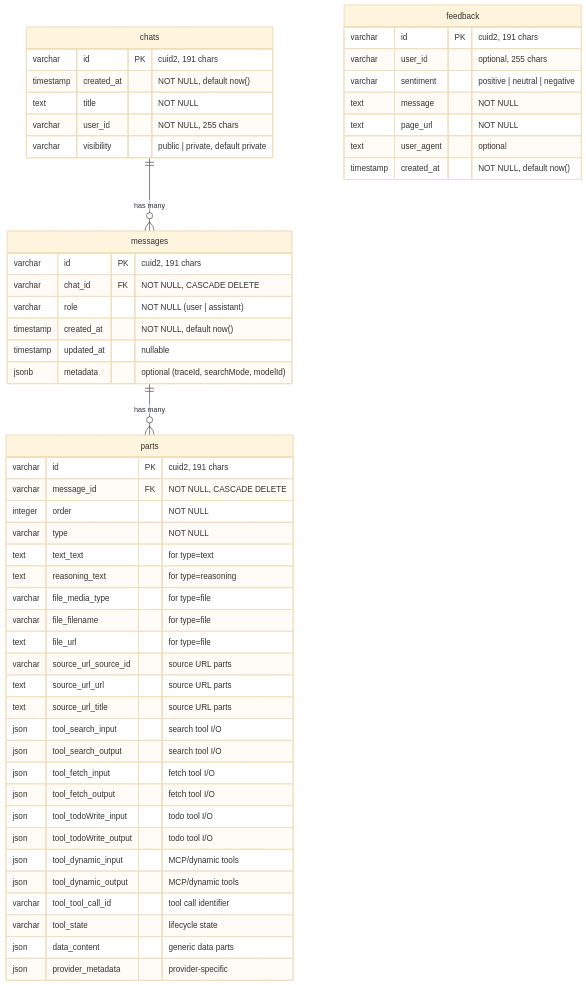
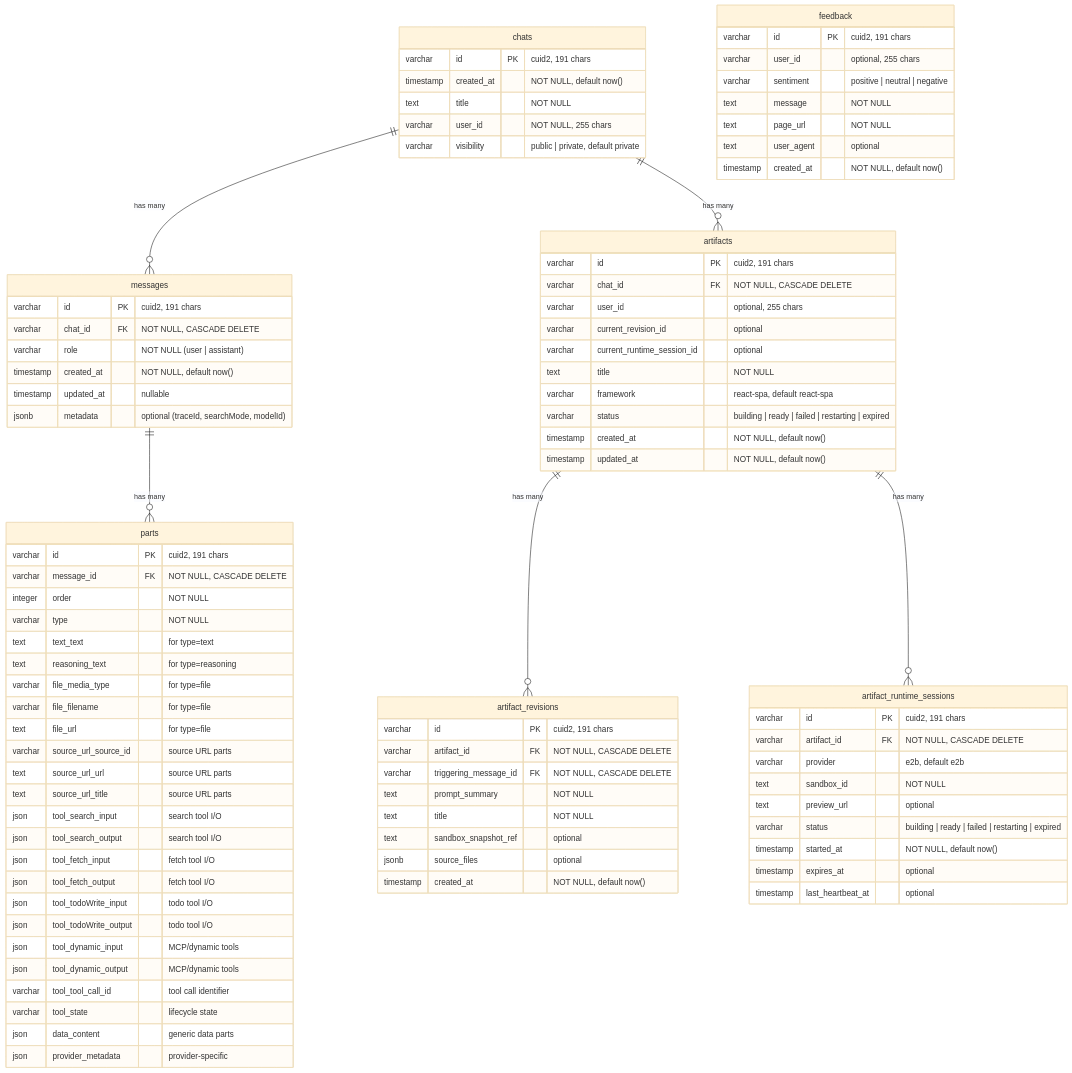
The fifth of 10 diagrams in docs/architecture/OVERVIEW.md (NickB03/polymorph), drawn with Mermaid (base theme) before and after one commit. The commit also changed other lines of this file and 29 other files, not shown here.

````diff
--- a/docs/architecture/OVERVIEW.md
+++ b/docs/architecture/OVERVIEW.md
@@ -356,6 +349,42 @@
         json provider_metadata "provider-specific"
     }
 
+    artifacts {
+        varchar id PK "cuid2, 191 chars"
+        varchar chat_id FK "NOT NULL, CASCADE DELETE"
+        varchar user_id "optional, 255 chars"
+        varchar current_revision_id "optional"
+        varchar current_runtime_session_id "optional"
+        text title "NOT NULL"
+        varchar framework "react-spa, default react-spa"
+        varchar status "building | ready | failed | restarting | expired"
+        timestamp created_at "NOT NULL, default now()"
+        timestamp updated_at "NOT NULL, default now()"
+    }
+
+    artifact_revisions {
+        varchar id PK "cuid2, 191 chars"
+        varchar artifact_id FK "NOT NULL, CASCADE DELETE"
+        varchar triggering_message_id FK "NOT NULL, CASCADE DELETE"
+        text prompt_summary "NOT NULL"
+        text title "NOT NULL"
+        text sandbox_snapshot_ref "optional"
+        jsonb source_files "optional"
+        timestamp created_at "NOT NULL, default now()"
+    }
+
+    artifact_runtime_sessions {
+        varchar id PK "cuid2, 191 chars"
+        varchar artifact_id FK "NOT NULL, CASCADE DELETE"
+        varchar provider "e2b, default e2b"
+        text sandbox_id "NOT NULL"
+        text preview_url "optional"
+        varchar status "building | ready | failed | restarting | expired"
+        timestamp started_at "NOT NULL, default now()"
+        timestamp expires_at "optional"
+        timestamp last_heartbeat_at "optional"
+    }
+
     feedback {
         varchar id PK "cuid2, 191 chars"
         varchar user_id "optional, 255 chars"
@@ -368,4 +397,7 @@
 
     chats ||--o{ messages : "has many"
     messages ||--o{ parts : "has many"
+    chats ||--o{ artifacts : "has many"
+    artifacts ||--o{ artifact_revisions : "has many"
+    artifacts ||--o{ artifact_runtime_sessions : "has many"
 ```
````
